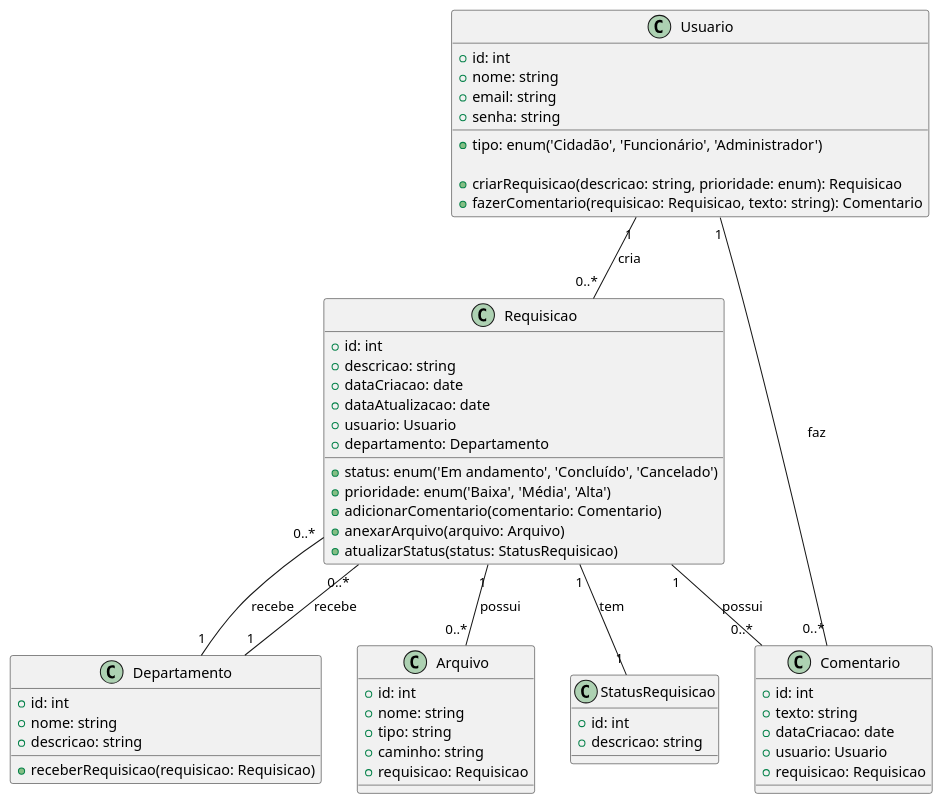
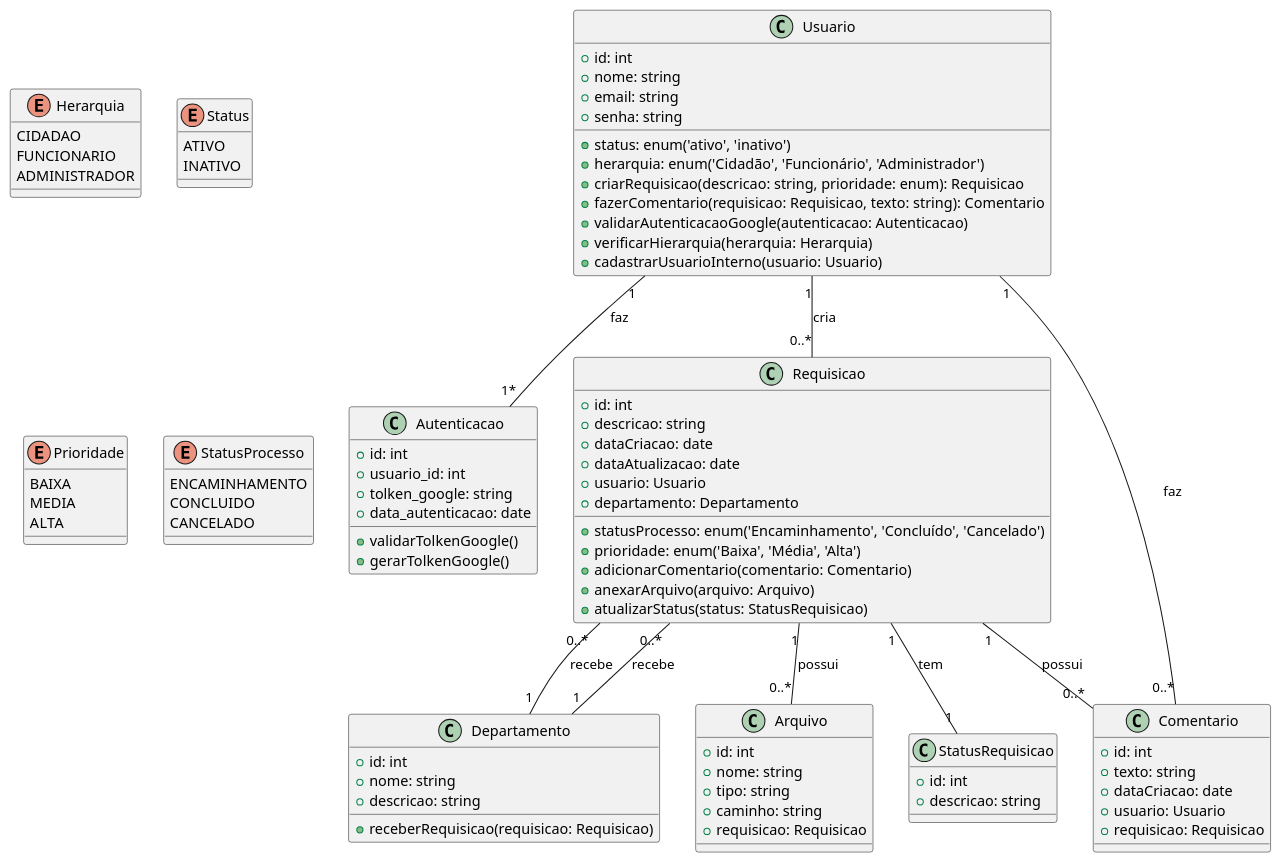
The diagram in diagramas/DC-CityHub.puml (Francielefernandes06/documentacao-projeto-coorporativo-2024.2), drawn with PlantUML before and after one commit. The commit also changed 1 other file, not shown here.

```diff
--- a/diagramas/DC-CityHub.puml
+++ b/diagramas/DC-CityHub.puml
@@ -1,68 +1,104 @@
 @startuml
 
 ' Definindo as classes principais
 class Usuario {
   +id: int
   +nome: string
   +email: string
   +senha: string
-  +tipo: enum('Cidadão', 'Funcionário', 'Administrador')
-
+  +status: enum('ativo', 'inativo')
+  +herarquia: enum('Cidadão', 'Funcionário', 'Administrador')
   +criarRequisicao(descricao: string, prioridade: enum): Requisicao
   +fazerComentario(requisicao: Requisicao, texto: string): Comentario
+  +validarAutenticacaoGoogle(autenticacao: Autenticacao)
+  +verificarHierarquia(herarquia: Herarquia)
+  +cadastrarUsuarioInterno(usuario: Usuario)
+
+}
+
+class Autenticacao {
+    +id: int
+    +usuario_id: int
+    +tolken_google: string
+    +data_autenticacao: date
+    +validarTolkenGoogle()
+    +gerarTolkenGoogle()
 }
 
 class Requisicao {
   +id: int
   +descricao: string
   +dataCriacao: date
   +dataAtualizacao: date
-  +status: enum('Em andamento', 'Concluído', 'Cancelado')
-  +prioridade: enum('Baixa', 'Média', 'Alta')
   +usuario: Usuario
   +departamento: Departamento
-
+  +statusProcesso: enum('Encaminhamento', 'Concluído', 'Cancelado')
+  +prioridade: enum('Baixa', 'Média', 'Alta')
   +adicionarComentario(comentario: Comentario)
   +anexarArquivo(arquivo: Arquivo)
   +atualizarStatus(status: StatusRequisicao)
 }
 
 class Departamento {
   +id: int
   +nome: string
   +descricao: string
-
   +receberRequisicao(requisicao: Requisicao)
 }
 
 class Comentario {
   +id: int
   +texto: string
   +dataCriacao: date
   +usuario: Usuario
   +requisicao: Requisicao
 }
 
 class Arquivo {
   +id: int
   +nome: string
   +tipo: string
   +caminho: string
   +requisicao: Requisicao
 }
 
 class StatusRequisicao {
   +id: int
   +descricao: string
 }
 
+' Enum
+enum Herarquia {
+    CIDADAO
+    FUNCIONARIO
+    ADMINISTRADOR
+}
+
+enum Status {
+    ATIVO
+    INATIVO
+}
+
+enum Prioridade {
+    BAIXA
+    MEDIA
+    ALTA
+}
+
+enum StatusProcesso {
+    ENCAMINHAMENTO
+    CONCLUIDO
+    CANCELADO
+}
+
 ' Definindo as relações
 Usuario "1" -- "0..*" Requisicao : cria
 Usuario "1" -- "0..*" Comentario : faz
+Usuario "1" -- "1*" Autenticacao : faz
 Requisicao "1" -- "0..*" Comentario : possui
 Requisicao "1" -- "0..*" Arquivo : possui
 Requisicao "1" -- "1" StatusRequisicao : tem
 Requisicao "0..*" -- "1" Departamento : recebe
 Departamento "1" -- "0..*" Requisicao : recebe
 
 @enduml
```
